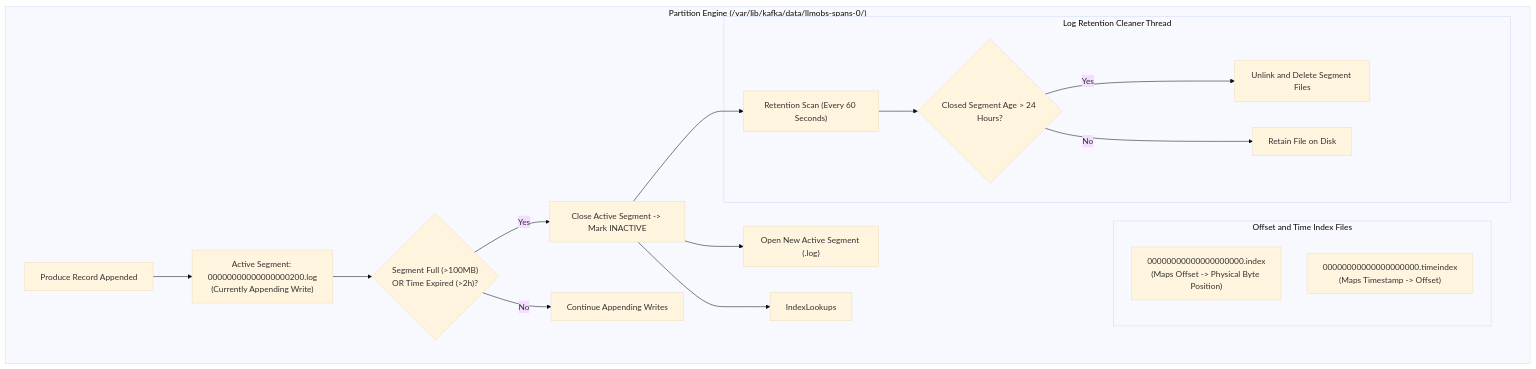
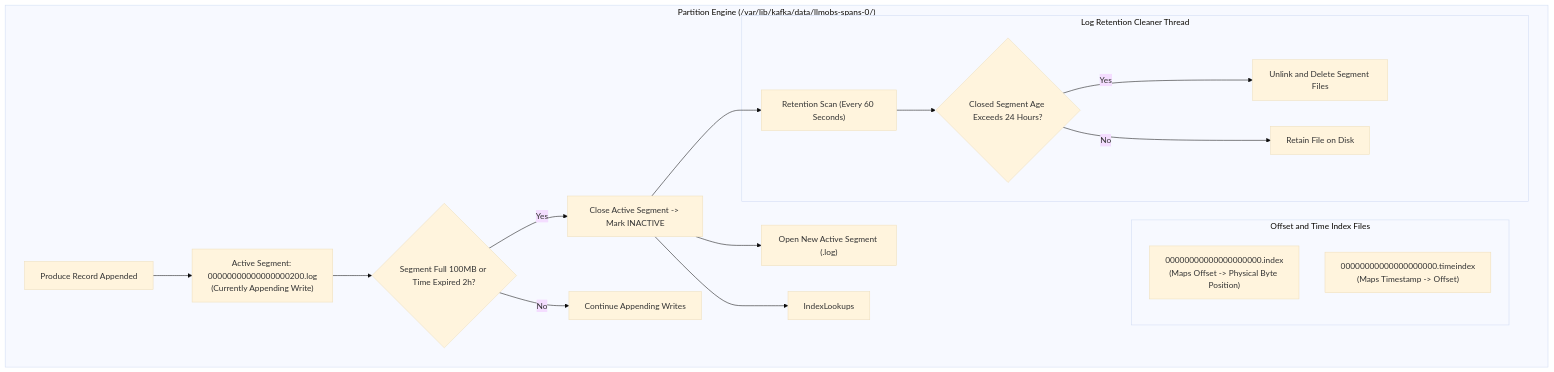
One commit to Chief-Strategist-J/llm-obs-infra changed diagram 11 of 14 in docs/configDoc/kafka-configuration-guide.md. Above: the diagram before and after it, drawn with Mermaid (base theme). The commit also changed other lines of this file, not shown here.

Commit message:
fix(docs): resolve Mermaid syntax parse error on Consumer & Producer LLD diagrams in kafka-configuration-guide.md

````diff
--- a/docs/configDoc/kafka-configuration-guide.md
+++ b/docs/configDoc/kafka-configuration-guide.md
@@ -397,26 +407,26 @@
 ```mermaid
 graph TB
     subgraph Partition Directory Engine ["Partition Engine (/var/lib/kafka/data/llmobs-spans-0/)"]
         WriteOp["Produce Record Appended"] --> ActiveSegment["Active Segment: 00000000000000000200.log<br/>(Currently Appending Write)"]
 
-        ActiveSegment --> RollCondition{"Segment Full (>100MB)<br/>OR Time Expired (>2h)?"}
+        ActiveSegment --> RollCondition{"Segment Full 100MB or Time Expired 2h?"}
         RollCondition -- Yes --> CloseSegment["Close Active Segment -> Mark INACTIVE"]
         CloseSegment --> OpenNew["Open New Active Segment (.log)"]
         RollCondition -- No --> KeepWriting["Continue Appending Writes"]
 
         subgraph Index Lookups ["Offset and Time Index Files"]
             OffsetIndex["00000000000000000000.index<br/>(Maps Offset -> Physical Byte Position)"]
             TimeIndex["00000000000000000000.timeindex<br/>(Maps Timestamp -> Offset)"]
         end
 
         CloseSegment --> IndexLookups
 
         subgraph Log Retention Cleaner ["Log Retention Cleaner Thread"]
-            CleanerScan["Retention Scan (Every 60 Seconds)"] --> RetentionCheck{"Closed Segment Age > 24 Hours?"}
+            CleanerScan["Retention Scan (Every 60 Seconds)"] --> RetentionCheck{"Closed Segment Age Exceeds 24 Hours?"}
             RetentionCheck -- Yes --> UnlinkFile["Unlink and Delete Segment Files"]
             RetentionCheck -- No --> RetainSegment["Retain File on Disk"]
         end
 
         CloseSegment --> CleanerScan
     end
 ```
````
